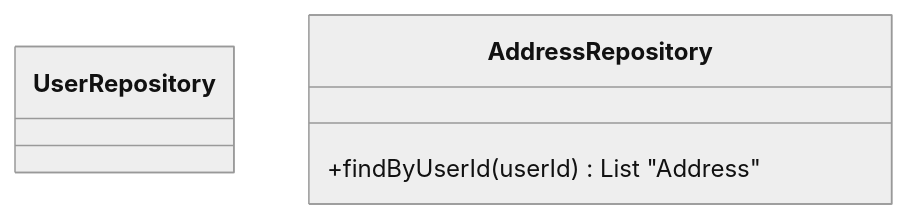
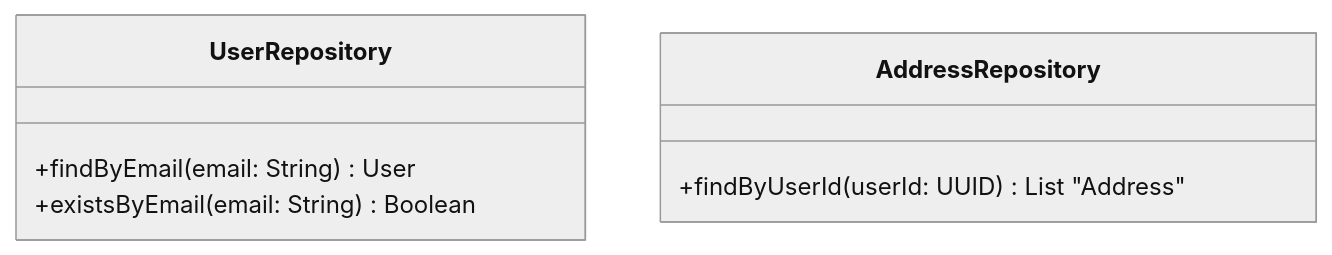
The fourth of 6 diagrams in documentation/user_management_service/user_management_service.md (fruzsina-banyai/webshop), drawn with Mermaid (neutral theme) before and after one commit. The commit also changed other lines of this file and 1 other file, not shown here.

Commit message:
Documentation/create documentation for the shopping cart (#16)
* Create shopping_cart.md

* Update shopping_cart.md

* Create user stories for shopping_cart.md

* Update shopping_cart.md

* Update user_management_service.md

````diff
--- a/documentation/user_management_service/user_management_service.md
+++ b/documentation/user_management_service/user_management_service.md
@@ -49,8 +49,10 @@
 ```mermaid
 classDiagram
-    class UserRepository {      
+    class UserRepository {
+        +findByEmail(email: String) User
+        +existsByEmail(email: String) Boolean
     }
     class AddressRepository {
-        +findByUserId(userId) List "Address"       
+        +findByUserId(userId: UUID) List "Address"       
     }
 ```
````
